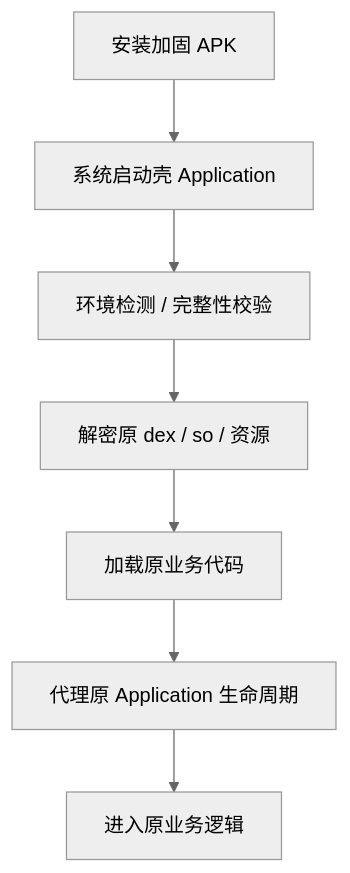
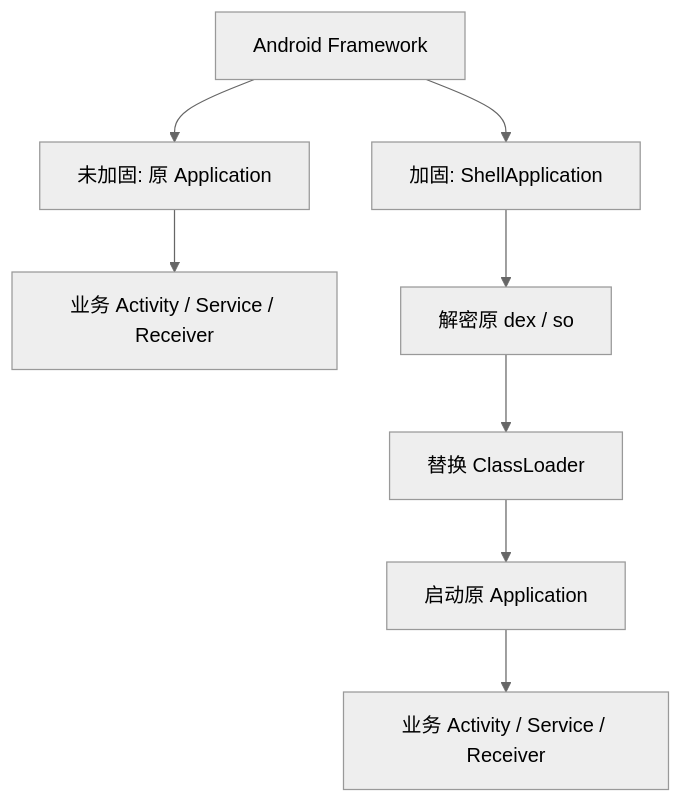
Before and after one commit to junyingzhao001/StudyNotes: the third of 12 diagrams in android插件相关/App加固详解.md, drawn with Mermaid (neutral theme). The commit also changed other lines of this file and 3 other files, not shown here.

````diff
--- a/android插件相关/App加固详解.md
+++ b/android插件相关/App加固详解.md
@@ -210,9 +266,11 @@
 ```mermaid
-flowchart TB
-  Install["安装加固 APK"] --> Start["系统启动壳 Application"]
-  Start --> Check["环境检测 / 完整性校验"]
-  Check --> Decrypt["解密原 dex / so / 资源"]
-  Decrypt --> Load["加载原业务代码"]
-  Load --> Delegate["代理原 Application 生命周期"]
-  Delegate --> Business["进入原业务逻辑"]
+flowchart TD
+    A["Android Framework"] --> B1["未加固: 原 Application"]
+    B1 --> C1["业务 Activity / Service / Receiver"]
+
+    A --> B2["加固: ShellApplication"]
+    B2 --> C2["解密原 dex / so"]
+    C2 --> D2["替换 ClassLoader"]
+    D2 --> E2["启动原 Application"]
+    E2 --> F2["业务 Activity / Service / Receiver"]
 ```
````
